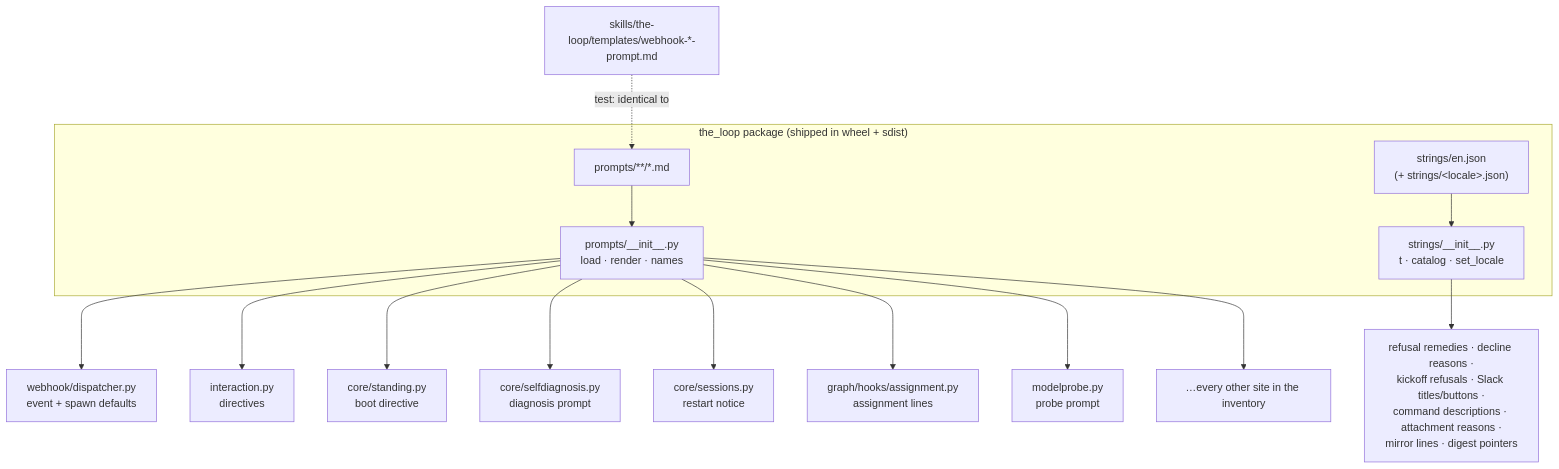
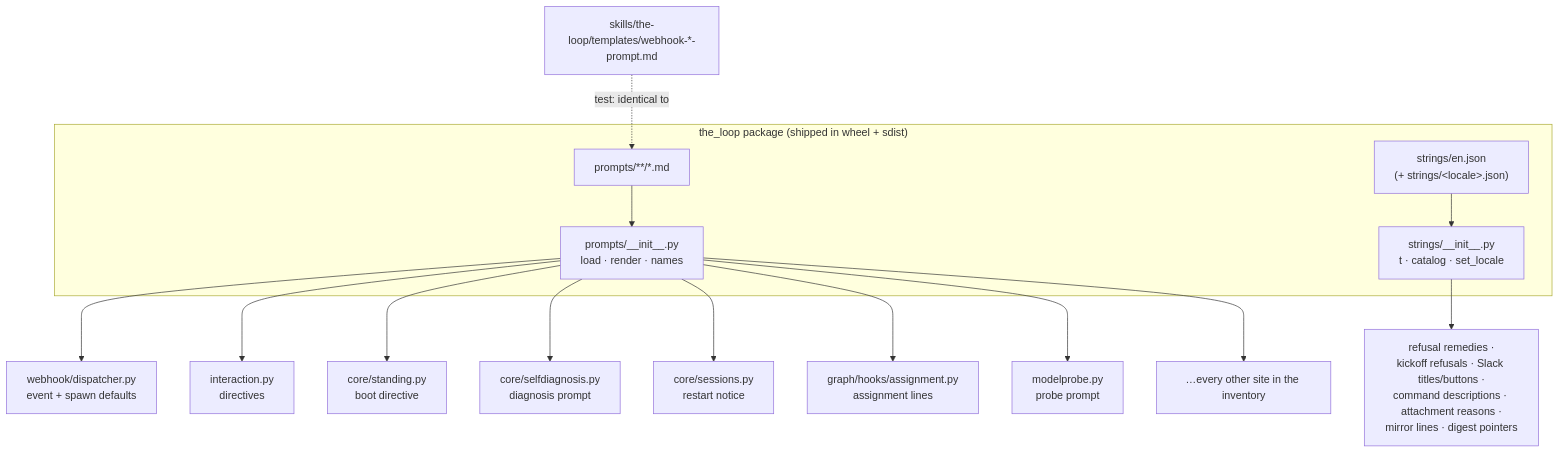
The diagram in docs/specs/issue-540/design.md (MadaraUchiha-314/the-loop), drawn with Mermaid before and after one commit. The commit also changed other lines of this file and 3 other files, not shown here.

````diff
--- a/docs/specs/issue-540/design.md
+++ b/docs/specs/issue-540/design.md
@@ -33,21 +33,21 @@
 ```mermaid
 flowchart TB
   subgraph pkg["the_loop package (shipped in wheel + sdist)"]
     PL["prompts/__init__.py<br/>load · render · names"]
     PF["prompts/**/*.md"]
     SL["strings/__init__.py<br/>t · catalog · set_locale"]
     SF["strings/en.json<br/>(+ strings/&lt;locale&gt;.json)"]
   end
   PF --> PL
   SF --> SL
   PL --> D["webhook/dispatcher.py<br/>event + spawn defaults"]
   PL --> I["interaction.py<br/>directives"]
   PL --> ST["core/standing.py<br/>boot directive"]
   PL --> SD["core/selfdiagnosis.py<br/>diagnosis prompt"]
   PL --> SE["core/sessions.py<br/>restart notice"]
   PL --> A["graph/hooks/assignment.py<br/>assignment lines"]
   PL --> MP["modelprobe.py<br/>probe prompt"]
   PL --> O["…every other site in the inventory"]
-  SL --> M["refusal remedies · decline reasons ·<br/>kickoff refusals · Slack titles/buttons ·<br/>command descriptions · attachment reasons ·<br/>mirror lines · digest pointers"]
+  SL --> M["refusal remedies ·<br/>kickoff refusals · Slack titles/buttons ·<br/>command descriptions · attachment reasons ·<br/>mirror lines · digest pointers"]
   SK["skills/the-loop/templates/webhook-*-prompt.md"] -. "test: identical to" .-> PF
 ```
````
